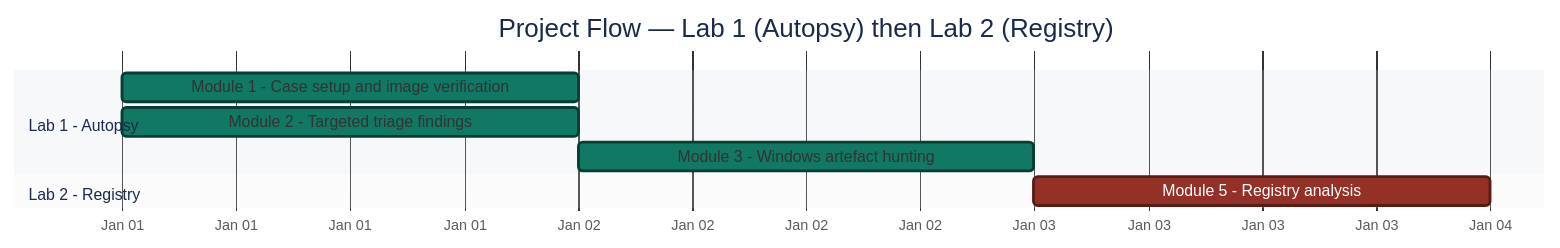
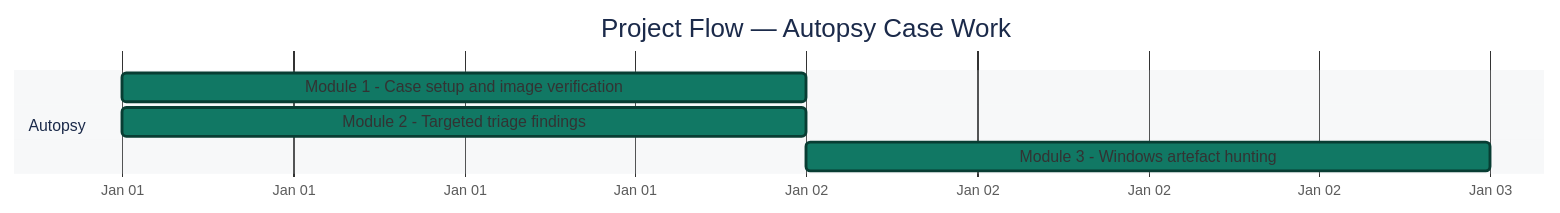
One commit to malaika-azhar/Cybersecurity-Lab-Projects changed the first of 3 diagrams in 3-Advanced-Cyber-Projects/project-18-mantooth-investigation-registry-analysis/README.md. Above: the diagram before and after it, drawn with Mermaid. The commit also changed other lines of this file, not shown here.

````diff
--- a/3-Advanced-Cyber-Projects/project-18-mantooth-investigation-registry-analysis/README.md
+++ b/3-Advanced-Cyber-Projects/project-18-mantooth-investigation-registry-analysis/README.md
@@ -92,20 +89,18 @@
 ```mermaid
 %%{init: { 'theme': 'base', 'themeVariables': {
   'doneTaskBkgColor':'#117864', 'doneTaskBorderColor':'#083D33',
   'critBkgColor':'#943126', 'critBorderColor':'#571C16',
   'sectionBkgColor':'#D6DBDF', 'altSectionBkgColor':'#EAECEE',
   'taskTextColor':'#FFFFFF', 'taskTextOutsideColor':'#1B2631',
   'taskTextLightColor':'#FFFFFF',
   'titleColor':'#1B2A4A', 'fontSize':'18px'
 }}}%%
 gantt
-    title Project Flow — Lab 1 (Autopsy) then Lab 2 (Registry)
+    title Project Flow — Autopsy Case Work
     dateFormat YYYY-MM-DD
     axisFormat %b %d
-    section Lab 1 - Autopsy
+    section Autopsy
     Module 1 - Case setup and image verification   :done, 2026-01-01, 1d
     Module 2 - Targeted triage findings             :done, 2026-01-01, 1d
     Module 3 - Windows artefact hunting             :done, 2026-01-02, 1d
-    section Lab 2 - Registry
-    Module 5 - Registry analysis                    :crit, 2026-01-03, 1d
 ```
````
